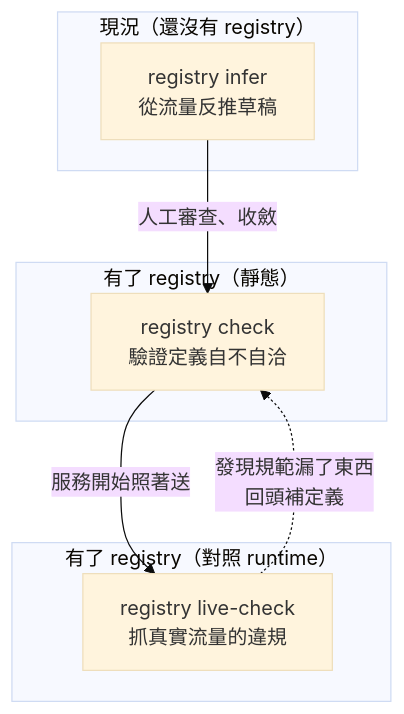
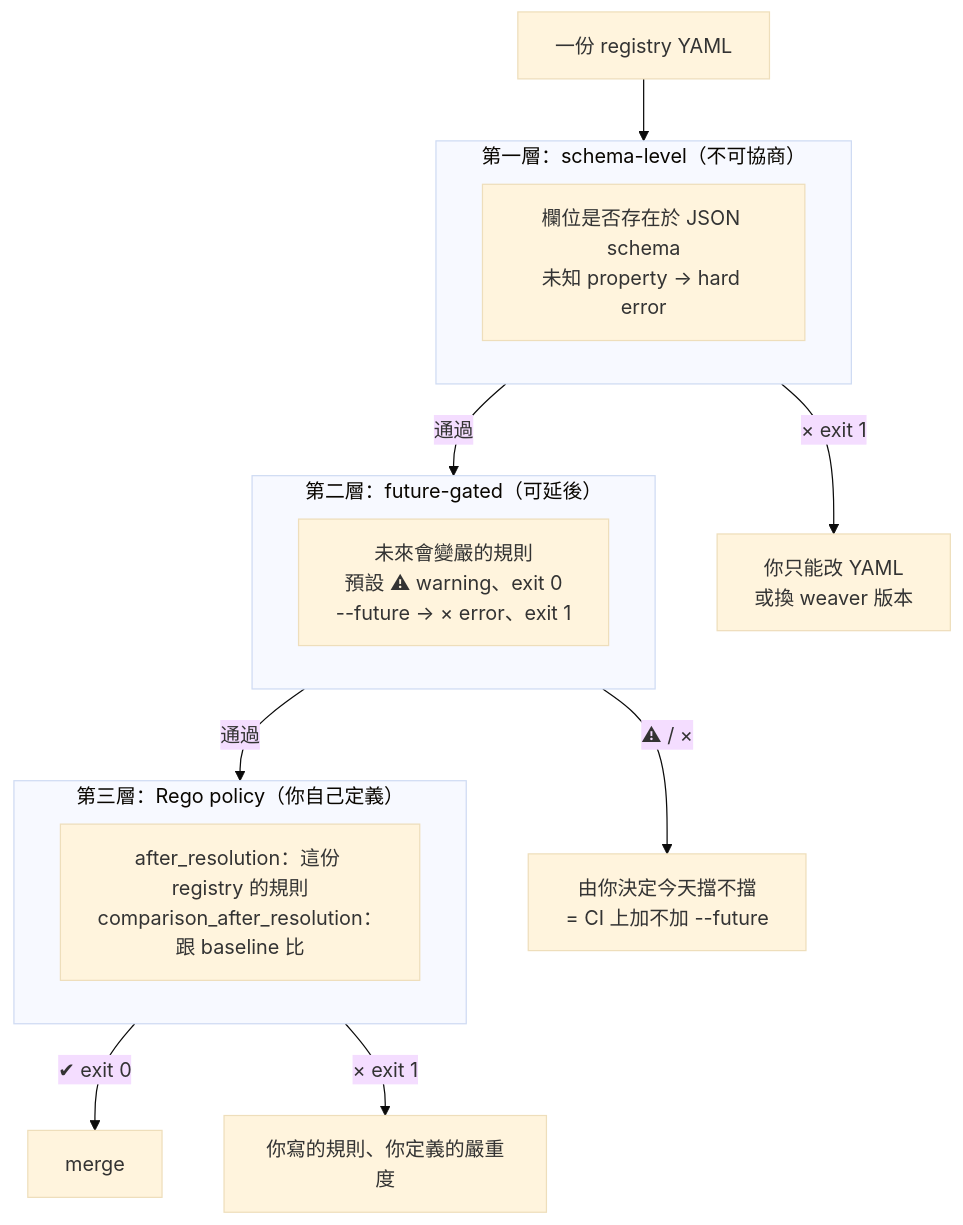
One commit to tedmax100/o11y-bench changed the first of 4 diagrams in weaver-demo/ironman-2026/day09.md. Above: the diagram before and after it, drawn with Mermaid (base theme). The commit also changed other lines of this file and 15 other files, not shown here.

````diff
--- a/weaver-demo/ironman-2026/day09.md
+++ b/weaver-demo/ironman-2026/day09.md
@@ -58,15 +26,22 @@
 ```mermaid
 flowchart TB
-    subgraph S1["現況（還沒有 registry）"]
-      I["registry infer<br/>從流量反推草稿"]
+    Y["一份 registry YAML"] --> T1
+
+    subgraph T1["第一層：schema-level（不可協商）"]
+      A["欄位是否存在於 JSON schema<br/>未知 property → hard error"]
     end
-    subgraph S2["有了 registry（靜態）"]
-      C["registry check<br/>驗證定義自不自洽"]
+    T1 -->|通過| T2
+    T1 -->|"× exit 1"| E1["你只能改 YAML<br/>或換 weaver 版本"]
+
+    subgraph T2["第二層：future-gated（可延後）"]
+      B["未來會變嚴的規則<br/>預設 ⚠ warning、exit 0<br/>--future → × error、exit 1"]
     end
-    subgraph S3["有了 registry（對照 runtime）"]
-      L["registry live-check<br/>抓真實流量的違規"]
+    T2 -->|通過| T3
+    T2 -->|"⚠ / ×"| E2["由你決定今天擋不擋<br/>= CI 上加不加 --future"]
+
+    subgraph T3["第三層：Rego policy（你自己定義）"]
+      C["after_resolution：這份 registry 的規則<br/>comparison_after_resolution：跟 baseline 比"]
     end
-    I -->|"人工審查、收斂"| C
-    C -->|"服務開始照著送"| L
-    L -.->|"發現規範漏了東西<br/>回頭補定義"| C
+    T3 -->|"✔ exit 0"| OK["merge"]
+    T3 -->|"× exit 1"| E3["你寫的規則、你定義的嚴重度"]
 ```
````
